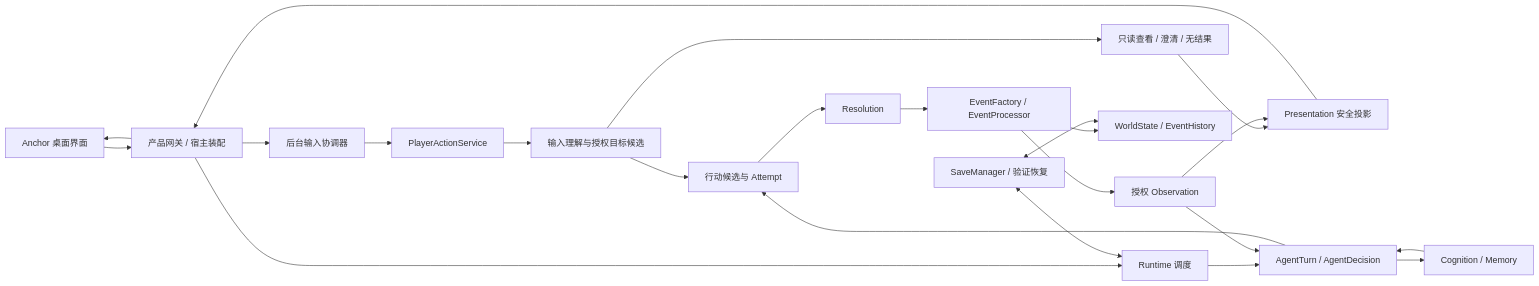
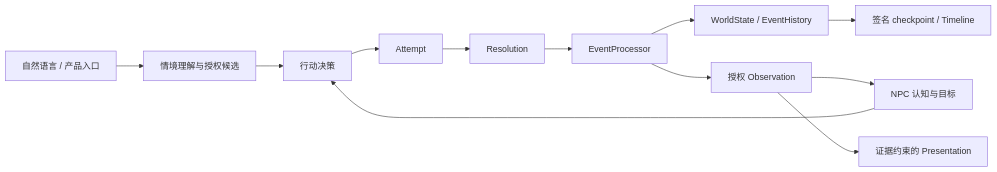
The diagram in README.md (lxh714-hui/Ankorgine-CognitiveWorld), drawn with Mermaid before and after one commit. The commit also changed other lines of this file, not shown here.

````diff
--- a/README.md
+++ b/README.md
@@ -29,25 +29,14 @@
-~~~mermaid
+```mermaid
 flowchart LR
-    UI[Anchor 桌面界面] --> HOST[产品网关 / 宿主装配]
-    HOST --> TASK[后台输入协调器]
-    HOST --> RUN[Runtime 调度]
-    TASK --> SERVICE[PlayerActionService]
-    SERVICE --> UNDERSTAND[输入理解与授权目标候选]
-    UNDERSTAND --> READ[只读查看 / 澄清 / 无结果]
-    UNDERSTAND --> ATTEMPT[行动候选与 Attempt]
-    ATTEMPT --> RES[Resolution]
-    RES --> EVENT[EventFactory / EventProcessor]
+    INPUT[自然语言 / 产品入口] --> INTENT[情境理解与授权候选]
+    NPC[NPC 认知与目标] --> DECISION[行动决策]
+    INTENT --> DECISION
+    DECISION --> ATTEMPT[Attempt]
+    ATTEMPT --> RESOLUTION[Resolution]
+    RESOLUTION --> EVENT[EventProcessor]
     EVENT --> WORLD[WorldState / EventHistory]
     EVENT --> OBS[授权 Observation]
-    READ --> PRES[Presentation 安全投影]
-    OBS --> PRES
-    PRES --> HOST
-    HOST --> UI
-    RUN --> TURN[AgentTurn / AgentDecision]
-    OBS --> TURN
-    TURN --> COG[Cognition / Memory]
-    COG --> TURN
-    TURN --> ATTEMPT
-    SAVE[SaveManager / 验证恢复] <--> RUN
-    SAVE <--> WORLD
-~~~
+    OBS --> NPC
+    OBS --> PRESENT[证据约束的 Presentation]
+    WORLD --> SAVE[签名 checkpoint / Timeline]
+```
````
